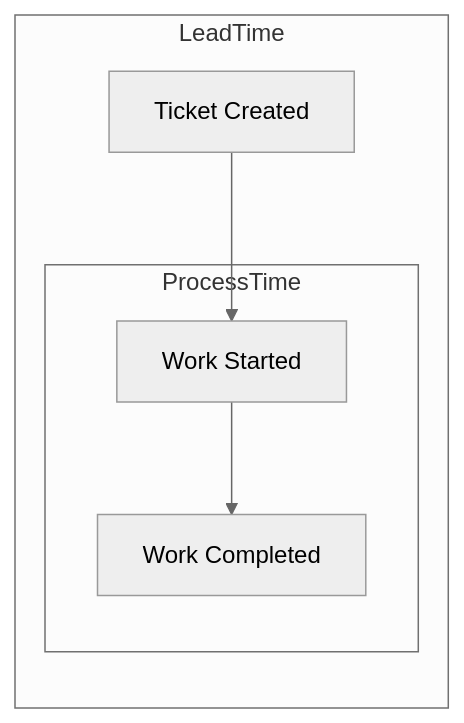
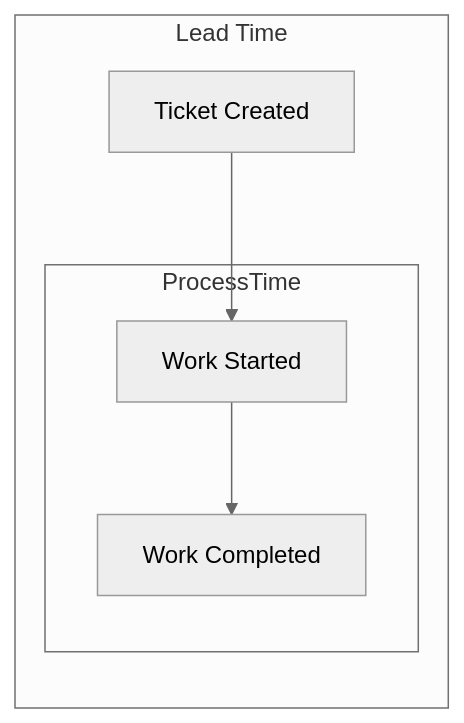
Before and after one commit to wayofthepie/notes: the first of 2 diagrams in books/the_devops_handbook.md, drawn with Mermaid (neutral theme).

Commit message:
Update subgraph title

````diff
--- a/books/the_devops_handbook.md
+++ b/books/the_devops_handbook.md
@@ -10,9 +10,9 @@
 ```mermaid
 flowchart LR
-    subgraph LeadTime
+    subgraph LeadTime[Lead Time]
         ticket[Ticket Created] --> start[Work Started];
             subgraph ProcessTime
             start[Work Started] --> complete[Work Completed];
         end
     end
 ```
````
